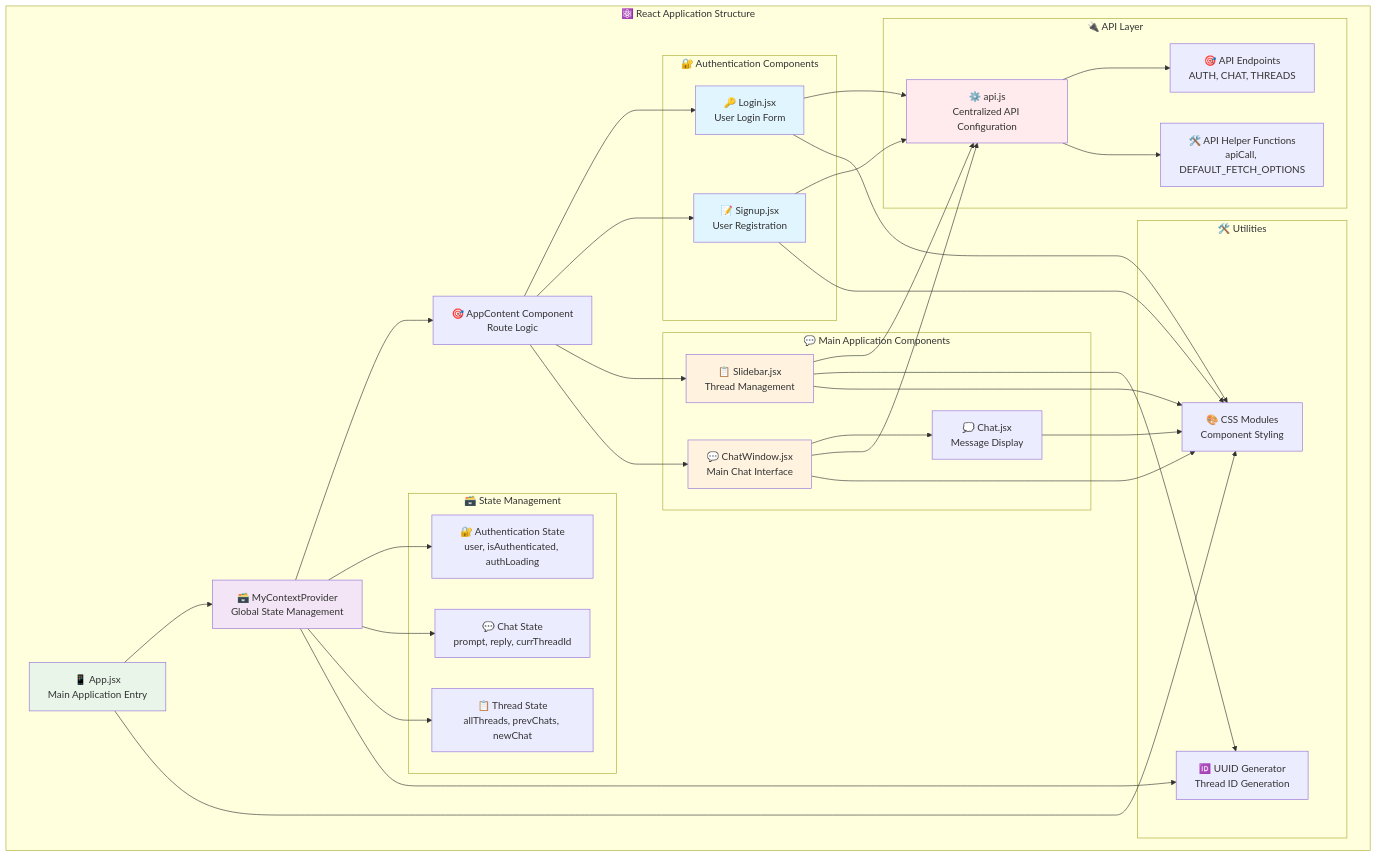
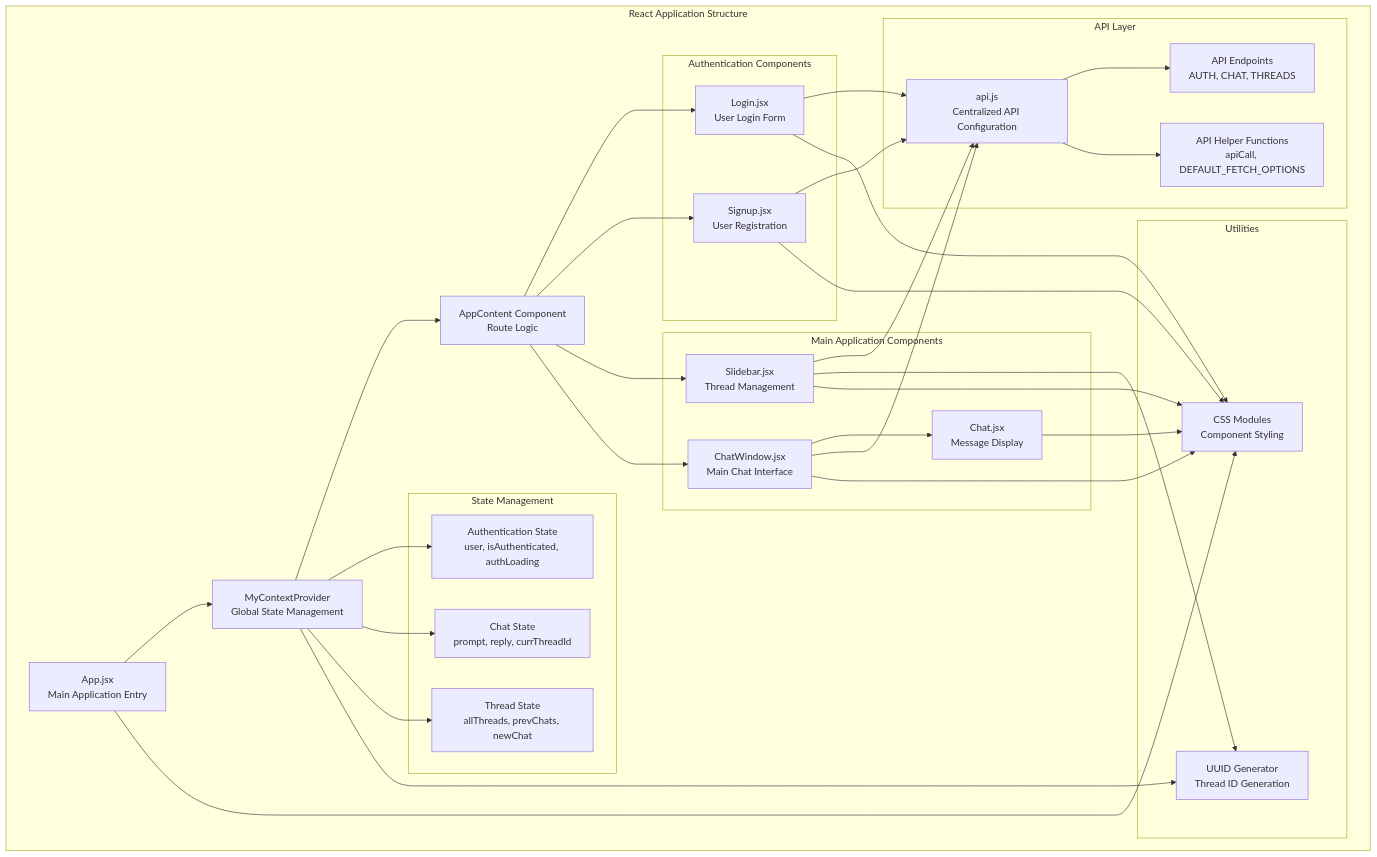
One commit to Ishu077/Lepron-GPT-with-Auth changed the second of 6 diagrams in README.md. Above: the diagram before and after it, drawn with Mermaid. The commit also changed other lines of this file, not shown here.

````diff
--- a/README.md
+++ b/README.md
@@ -100,74 +93,66 @@
 ```mermaid
 graph TB
-    subgraph "⚛️ React Application Structure"
-        App[📱 App.jsx<br/>Main Application Entry]
-        ContextProvider[🗃️ MyContextProvider<br/>Global State Management]
-        AppContent[🎯 AppContent Component<br/>Route Logic]
+    subgraph "React Application Structure"
+        App[App.jsx<br/>Main Application Entry]
+        ContextProvider[MyContextProvider<br/>Global State Management]
+        AppContent[AppContent Component<br/>Route Logic]
         
-        subgraph "🔐 Authentication Components"
-            Login[🔑 Login.jsx<br/>User Login Form]
-            Signup[📝 Signup.jsx<br/>User Registration]
+        subgraph "Authentication Components"
+            Login[Login.jsx<br/>User Login Form]
+            Signup[Signup.jsx<br/>User Registration]
         end
         
-        subgraph "💬 Main Application Components"
-            Slidebar[📋 Slidebar.jsx<br/>Thread Management]
-            ChatWindow[💬 ChatWindow.jsx<br/>Main Chat Interface]
-            Chat[💭 Chat.jsx<br/>Message Display]
+        subgraph "Main Application Components"
+            Slidebar[Slidebar.jsx<br/>Thread Management]
+            ChatWindow[ChatWindow.jsx<br/>Main Chat Interface]
+            Chat[Chat.jsx<br/>Message Display]
         end
         
-        subgraph "🗃️ State Management"
-            AuthState[🔐 Authentication State<br/>user, isAuthenticated, authLoading]
-            ChatState[💬 Chat State<br/>prompt, reply, currThreadId]
-            ThreadState[📋 Thread State<br/>allThreads, prevChats, newChat]
+        subgraph "State Management"
+            AuthState[Authentication State<br/>user, isAuthenticated, authLoading]
+            ChatState[Chat State<br/>prompt, reply, currThreadId]
+            ThreadState[Thread State<br/>allThreads, prevChats, newChat]
         end
         
-        subgraph "🔌 API Layer"
-            APIConfig[⚙️ api.js<br/>Centralized API Configuration]
-            APIEndpoints[🎯 API Endpoints<br/>AUTH, CHAT, THREADS]
-            APIHelper[🛠️ API Helper Functions<br/>apiCall, DEFAULT_FETCH_OPTIONS]
+        subgraph "API Layer"
+            APIConfig[api.js<br/>Centralized API Configuration]
+            APIEndpoints[API Endpoints<br/>AUTH, CHAT, THREADS]
+            APIHelper[API Helper Functions<br/>apiCall, DEFAULT_FETCH_OPTIONS]
         end
         
-        subgraph "🛠️ Utilities"
-            UUID[🆔 UUID Generator<br/>Thread ID Generation]
-            Styling[🎨 CSS Modules<br/>Component Styling]
+        subgraph "Utilities"
+            UUID[UUID Generator<br/>Thread ID Generation]
+            Styling[CSS Modules<br/>Component Styling]
         end
     end
     
     App --> ContextProvider
     ContextProvider --> AppContent
     AppContent --> Login
     AppContent --> Signup
     AppContent --> Slidebar
     AppContent --> ChatWindow
     ChatWindow --> Chat
     
     ContextProvider --> AuthState
     ContextProvider --> ChatState
     ContextProvider --> ThreadState
     
     Login --> APIConfig
     Signup --> APIConfig
     Slidebar --> APIConfig
     ChatWindow --> APIConfig
     
     APIConfig --> APIEndpoints
     APIConfig --> APIHelper
     
     Slidebar --> UUID
     ContextProvider --> UUID
     
     App --> Styling
     Login --> Styling
     Signup --> Styling
     Slidebar --> Styling
     ChatWindow --> Styling
     Chat --> Styling
-    
-    style App fill:#e8f5e8
-    style ContextProvider fill:#f3e5f5
-    style Login fill:#e1f5fe
-    style Signup fill:#e1f5fe
-    style Slidebar fill:#fff3e0
-    style ChatWindow fill:#fff3e0
-    style APIConfig fill:#ffebee
 ```
````
